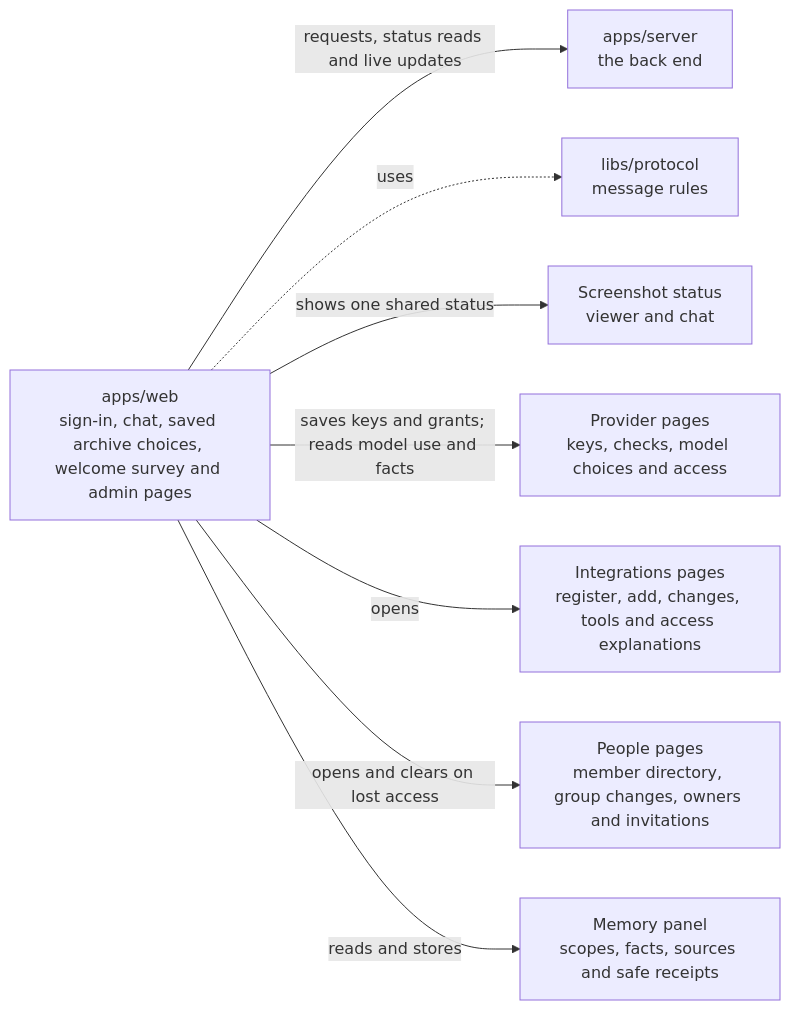
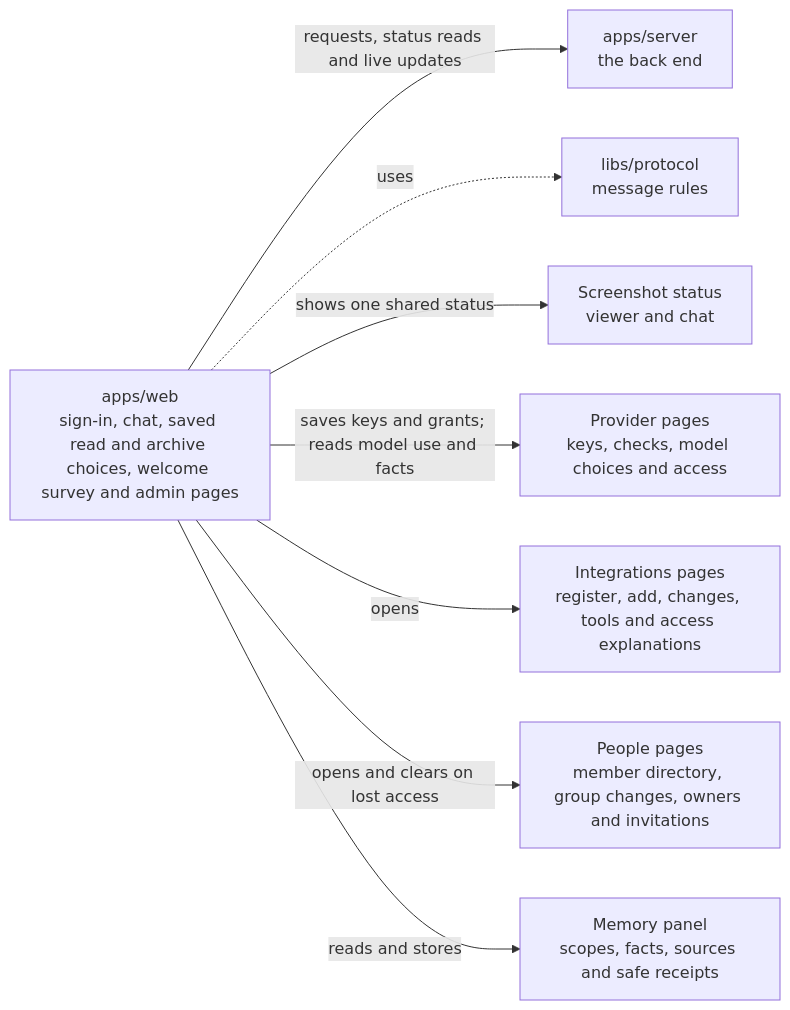
Before and after one commit to elewa-git/opencrane-new: the diagram in apps/web/README.md, drawn with Mermaid. The commit also changed other lines of this file and 29 other files, not shown here.

````diff
--- a/apps/web/README.md
+++ b/apps/web/README.md
@@ -11,10 +11,10 @@
 ```mermaid
 flowchart LR
-  web["apps/web<br/>sign-in, chat, saved archive choices, welcome survey and admin pages"] -->|requests, status reads and live updates| server["apps/server<br/>the back end"]
+  web["apps/web<br/>sign-in, chat, saved read and archive choices, welcome survey and admin pages"] -->|requests, status reads and live updates| server["apps/server<br/>the back end"]
   web -.->|uses| protocol["libs/protocol<br/>message rules"]
   web -->|shows one shared status| capture["Screenshot status<br/>viewer and chat"]
   web -->|saves keys and grants; reads model use and facts| providers["Provider pages<br/>keys, checks, model choices and access"]
   web -->|opens| integrations["Integrations pages<br/>register, add, changes, tools and access explanations"]
   web -->|opens and clears on lost access| people["People pages<br/>member directory, group changes, owners and invitations"]
   web -->|reads and stores| memory["Memory panel<br/>scopes, facts, sources and safe receipts"]
 ```
````
